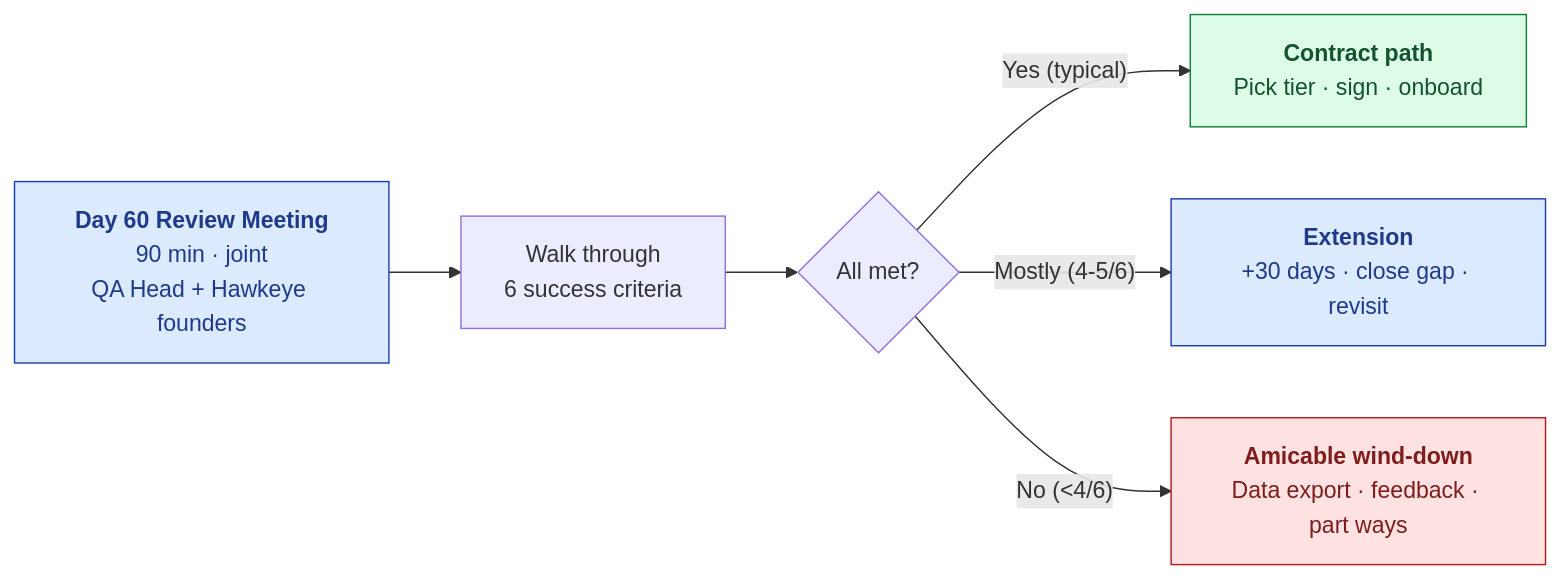
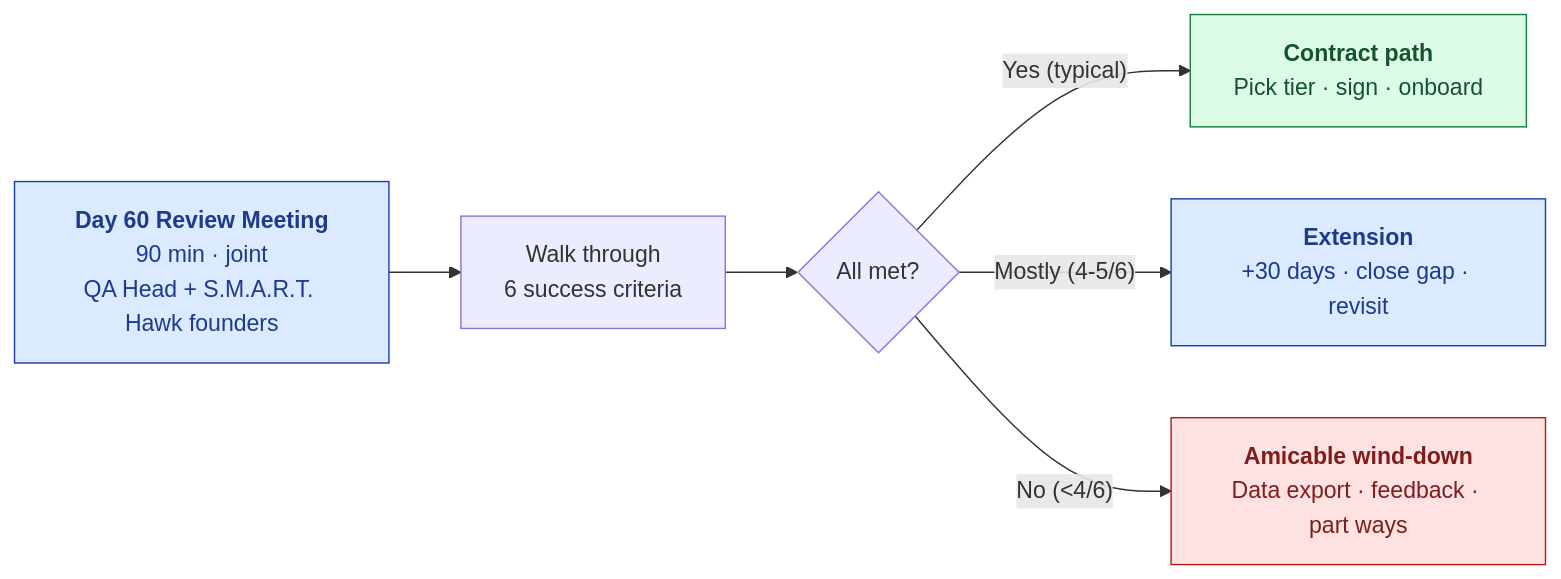
Before and after one commit to hawkeyetransact-dotcom/doc_v2: the seventh of 9 diagrams in 09-sales-marketing/pitch-materials/POC-PITCH-DECK.md, drawn with Mermaid. The commit also changed other lines of this file and 105 other files, not shown here.

First line of the commit message:
Rebrand docs: Hawkeye -> S.M.A.R.T. Hawk; S.M.A.R.T. five-pillar pipeline

````diff
--- a/09-sales-marketing/pitch-materials/POC-PITCH-DECK.md
+++ b/09-sales-marketing/pitch-materials/POC-PITCH-DECK.md
@@ -385,15 +385,15 @@
 ```mermaid
 flowchart LR
     classDef meeting fill:#DBEAFE,stroke:#1E40AF,color:#1E3A8A
     classDef good fill:#DCFCE7,stroke:#15803D,color:#14532D
     classDef walk fill:#FEE2E2,stroke:#B91C1C,color:#7F1D1D
 
-    M["<b>Day 60 Review Meeting</b><br/>90 min · joint<br/>QA Head + Hawkeye founders"]:::meeting
+    M["<b>Day 60 Review Meeting</b><br/>90 min · joint<br/>QA Head + S.M.A.R.T. Hawk founders"]:::meeting
 
     M --> SC["Walk through<br/>6 success criteria"]
     SC --> Pass{"All met?"}
 
     Pass -->|"Yes (typical)"| Y["<b>Contract path</b><br/>Pick tier · sign · onboard"]:::good
     Pass -->|"Mostly (4-5/6)"| E["<b>Extension</b><br/>+30 days · close gap · revisit"]:::meeting
     Pass -->|"No (<4/6)"| N["<b>Amicable wind-down</b><br/>Data export · feedback · part ways"]:::walk
 ```
````
